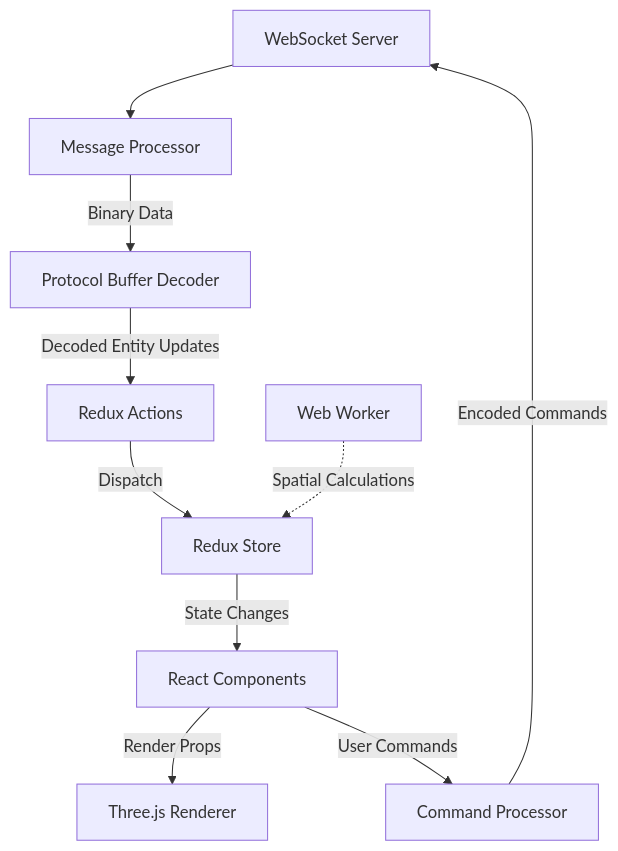
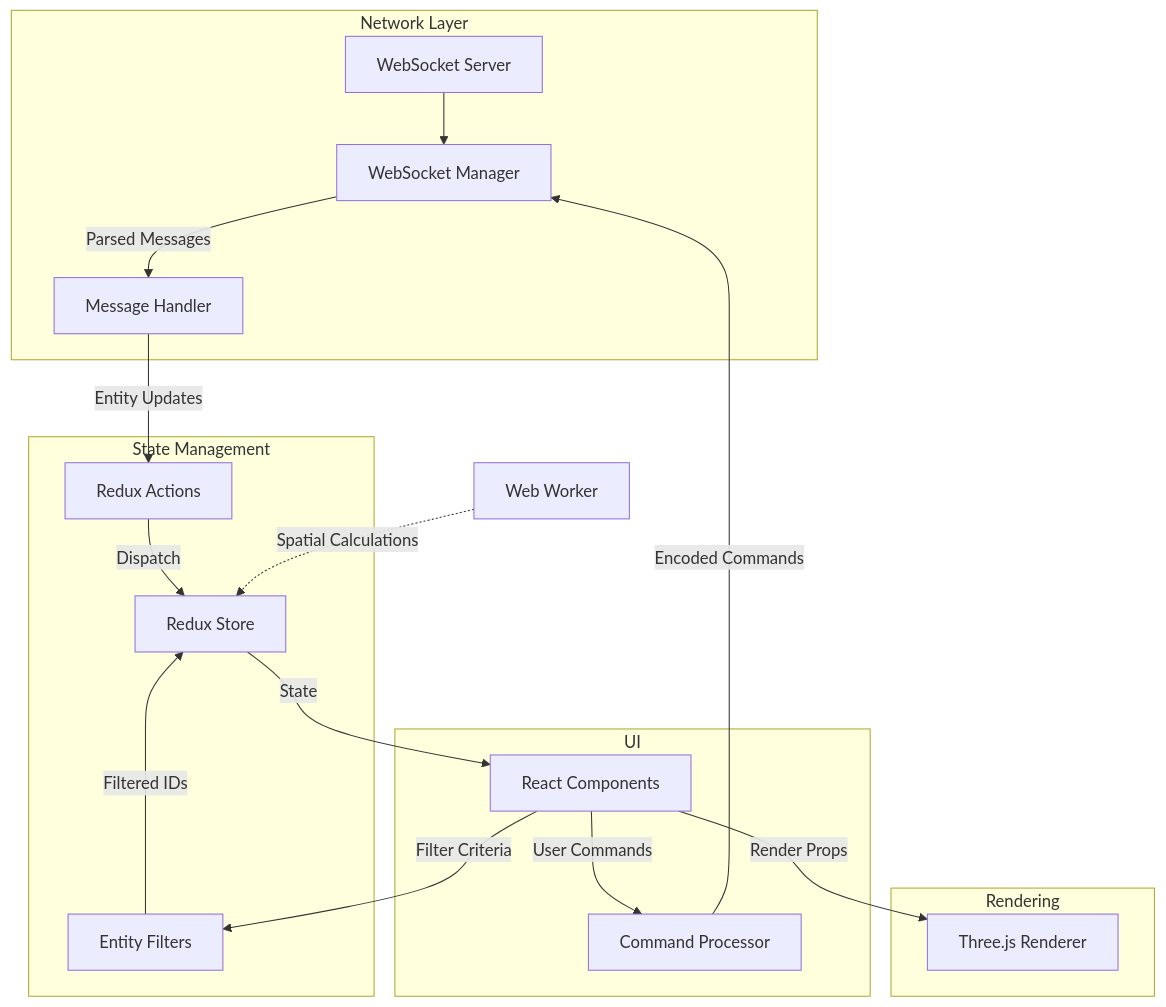
One commit to jamesrosing/dashboard changed the diagram in memory-bank/systemPatterns.md. Above: the diagram before and after it, drawn with Mermaid. The commit also changed other lines of this file and 19 other files, not shown here.

Commit message:
began phase 2 with web socket

````diff
--- a/memory-bank/systemPatterns.md
+++ b/memory-bank/systemPatterns.md
@@ -52,13 +56,33 @@
 ```mermaid
 flowchart TD
-    WebSocket[WebSocket Server] --> MessageProcessor[Message Processor]
-    MessageProcessor --> |Binary Data| ProtobufDecoder[Protocol Buffer Decoder]
-    ProtobufDecoder --> |Decoded Entity Updates| ReduxAction[Redux Actions]
+    WebSocket[WebSocket Server] --> WSManager[WebSocket Manager]
+    WSManager --> |Parsed Messages| MessageHandler[Message Handler]
+    MessageHandler --> |Entity Updates| ReduxAction[Redux Actions]
     ReduxAction --> |Dispatch| ReduxStore[Redux Store]
-    ReduxStore --> |State Changes| ReactComponents[React Components]
-    ReactComponents --> |Render Props| ThreeJSRenderer[Three.js Renderer]
-    ReactComponents --> |User Commands| CommandProcessor[Command Processor]
-    CommandProcessor --> |Encoded Commands| WebSocket
     
+    subgraph Network Layer
+      WebSocket
+      WSManager
+      MessageHandler
+    end
+    
+    subgraph State Management
+      ReduxAction
+      ReduxStore
+      EntityFilters[Entity Filters]
+    end
+    
+    subgraph UI
+      ReduxStore --> |State| ReactComponents[React Components]
+      ReactComponents --> |User Commands| CommandProcessor[Command Processor]
+      ReactComponents --> |Filter Criteria| EntityFilters
+      EntityFilters --> |Filtered IDs| ReduxStore
+    end
+    
+    subgraph Rendering
+      ReactComponents --> |Render Props| ThreeJSRenderer[Three.js Renderer]
+    end
+    
+    CommandProcessor --> |Encoded Commands| WSManager
     WebWorker[Web Worker] -.-> |Spatial Calculations| ReduxStore
 ```
````
